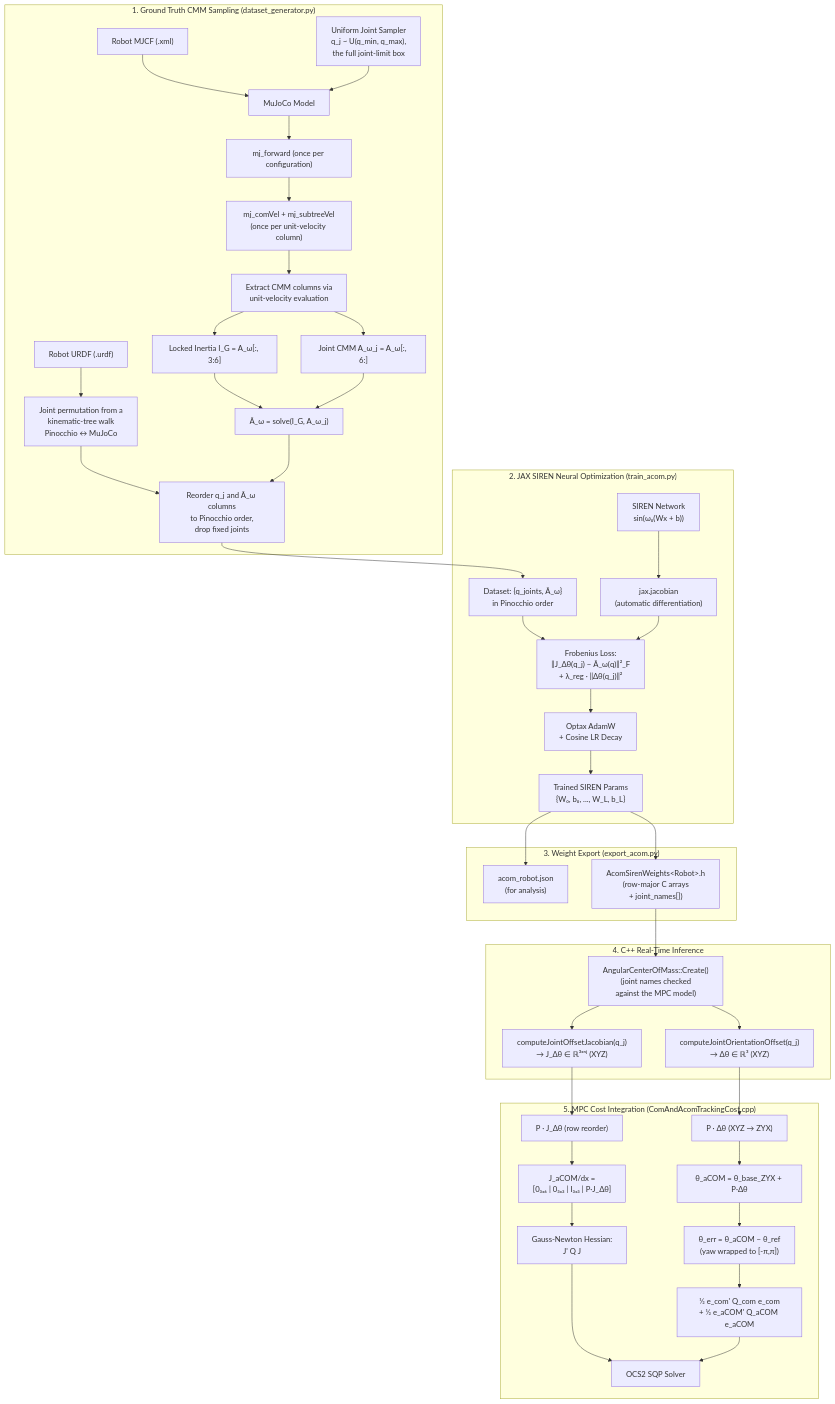
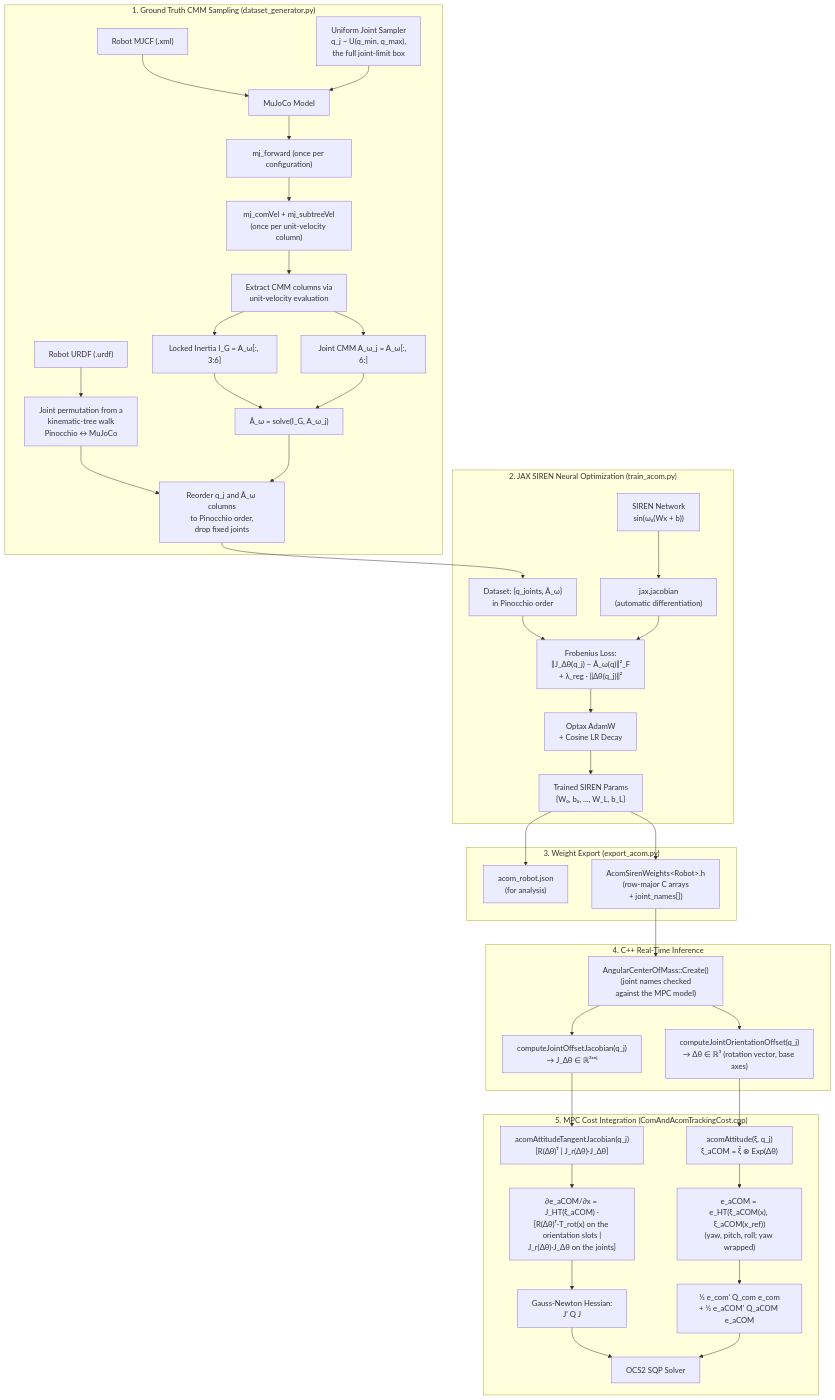
The first of 3 diagrams in humanoid_learning/acom/README.md (nicholaspalomo/wb_humanoid_mpc), drawn with Mermaid before and after one commit. The commit also changed other lines of this file and 922 other files, not shown here.

````diff
--- a/humanoid_learning/acom/README.md
+++ b/humanoid_learning/acom/README.md
@@ -85,49 +96,48 @@
 ```mermaid
 flowchart TD
     subgraph DataGeneration ["1. Ground Truth CMM Sampling (dataset_generator.py)"]
         XML["Robot MJCF (.xml)"] --> MjModel["MuJoCo Model"]
         URDF["Robot URDF (.urdf)"] --> Perm["Joint permutation from a<br/>kinematic-tree walk<br/>Pinocchio ↔ MuJoCo"]
         Sampler["Uniform Joint Sampler<br/>q_j ~ U(q_min, q_max),<br/>the full joint-limit box"] --> MjModel
         MjModel --> MjFwd["mj_forward (once per configuration)"]
         MjFwd --> MjVel["mj_comVel + mj_subtreeVel<br/>(once per unit-velocity column)"]
         MjVel --> CMM["Extract CMM columns via<br/>unit-velocity evaluation"]
         CMM --> IG["Locked Inertia I_G = A_ω[:, 3:6]"]
         CMM --> Aomega["Joint CMM A_ω_j = A_ω[:, 6:]"]
         IG --> ABar["Ā_ω = solve(I_G, A_ω_j)"]
         Aomega --> ABar
         Perm --> Reorder["Reorder q_j and Ā_ω columns<br/>to Pinocchio order,<br/>drop fixed joints"]
         ABar --> Reorder
     end
 
     subgraph JAXTraining ["2. JAX SIREN Neural Optimization (train_acom.py)"]
         Reorder --> Dataset["Dataset: {q_joints, Ā_ω}<br/>in Pinocchio order"]
         Dataset --> Loss["Frobenius Loss:<br/>‖J_Δθ(q_j) − Ā_ω(q)‖²_F<br/>+ λ_reg · ‖Δθ(q_j)‖²"]
         SIREN["SIREN Network<br/>sin(ω₀(Wx + b))"] --> JacAD["jax.jacobian<br/>(automatic differentiation)"]
         JacAD --> Loss
         Loss --> Optax["Optax AdamW<br/>+ Cosine LR Decay"]
         Optax --> Params["Trained SIREN Params<br/>{W₀, b₀, ..., W_L, b_L}"]
     end
 
     subgraph Export ["3. Weight Export (export_acom.py)"]
         Params --> JSON["acom_robot.json<br/>(for analysis)"]
         Params --> Header["AcomSirenWeights&lt;Robot&gt;.h<br/>(row-major C arrays<br/>+ joint_names[])"]
     end
 
     subgraph CppInference ["4. C++ Real-Time Inference"]
         Header --> StaticLoad["AngularCenterOfMass::Create()<br/>(joint names checked<br/>against the MPC model)"]
-        StaticLoad --> Forward["computeJointOrientationOffset(q_j)<br/>→ Δθ ∈ ℝ³ (XYZ)"]
-        StaticLoad --> ChainRule["computeJointOffsetJacobian(q_j)<br/>→ J_Δθ ∈ ℝ³ˣⁿʲ (XYZ)"]
+        StaticLoad --> Forward["computeJointOrientationOffset(q_j)<br/>→ Δθ ∈ ℝ³ (rotation vector, base axes)"]
+        StaticLoad --> ChainRule["computeJointOffsetJacobian(q_j)<br/>→ J_Δθ ∈ ℝ³ˣⁿʲ"]
     end
 
     subgraph MPCIntegration ["5. MPC Cost Integration (ComAndAcomTrackingCost.cpp)"]
-        Forward --> XYZtoZYX["P · Δθ (XYZ → ZYX)"]
-        ChainRule --> JacReorder["P · J_Δθ (row reorder)"]
-        XYZtoZYX --> ThetaACOM["θ_aCOM = θ_base_ZYX + P·Δθ"]
-        ThetaACOM --> ThetaErr["θ_err = θ_aCOM − θ_ref<br/>(yaw wrapped to [-π,π])"]
-        JacReorder --> JacFull["J_aCOM/dx =<br/>[0₃ₓ₆ | 0₃ₓ₃ | I₃ₓ₃ | P·J_Δθ]"]
+        Forward --> Attitude["acomAttitude(ξ, q_j)<br/>ξ_aCOM = ξ̂ ⊗ Exp(Δθ)"]
+        ChainRule --> Tangent["acomAttitudeTangentJacobian(q_j)<br/>[R(Δθ)ᵀ | J_r(Δθ)·J_Δθ]"]
+        Attitude --> ThetaErr["e_aCOM = e_HT(ξ_aCOM(x), ξ_aCOM(x_ref))<br/>(yaw, pitch, roll; yaw wrapped)"]
+        Tangent --> JacFull["∂e_aCOM/∂x = J_HT(ξ_aCOM) ·<br/>[R(Δθ)ᵀ·T_rot(x) on the orientation slots |<br/>J_r(Δθ)·J_Δθ on the joints]"]
         ThetaErr --> Cost["½ e_com' Q_com e_com<br/>+ ½ e_aCOM' Q_aCOM e_aCOM"]
         JacFull --> GaussNewton["Gauss-Newton Hessian:<br/>J' Q J"]
         GaussNewton --> SQP["OCS2 SQP Solver"]
         Cost --> SQP
     end
 ```
````
